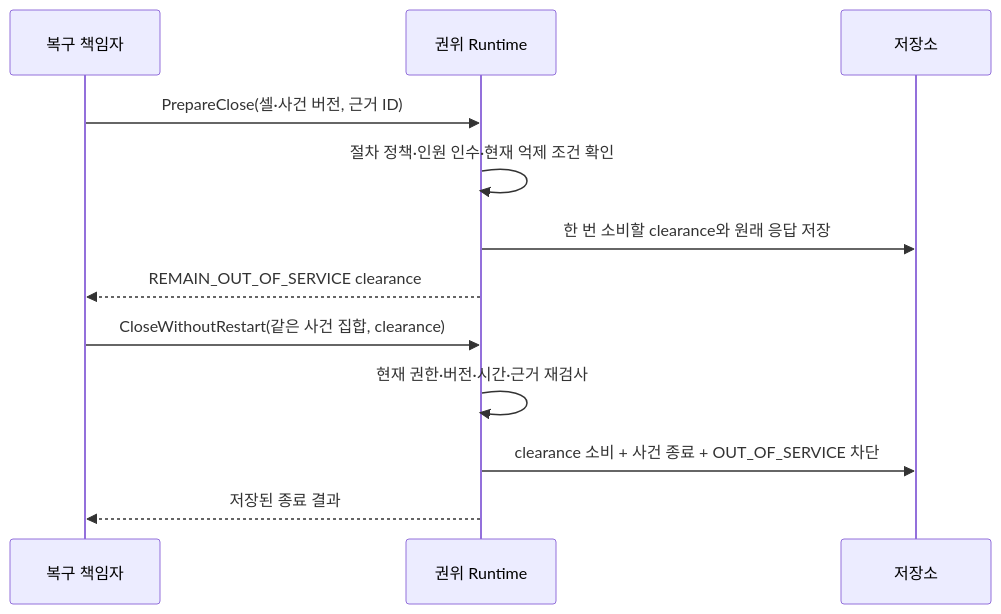
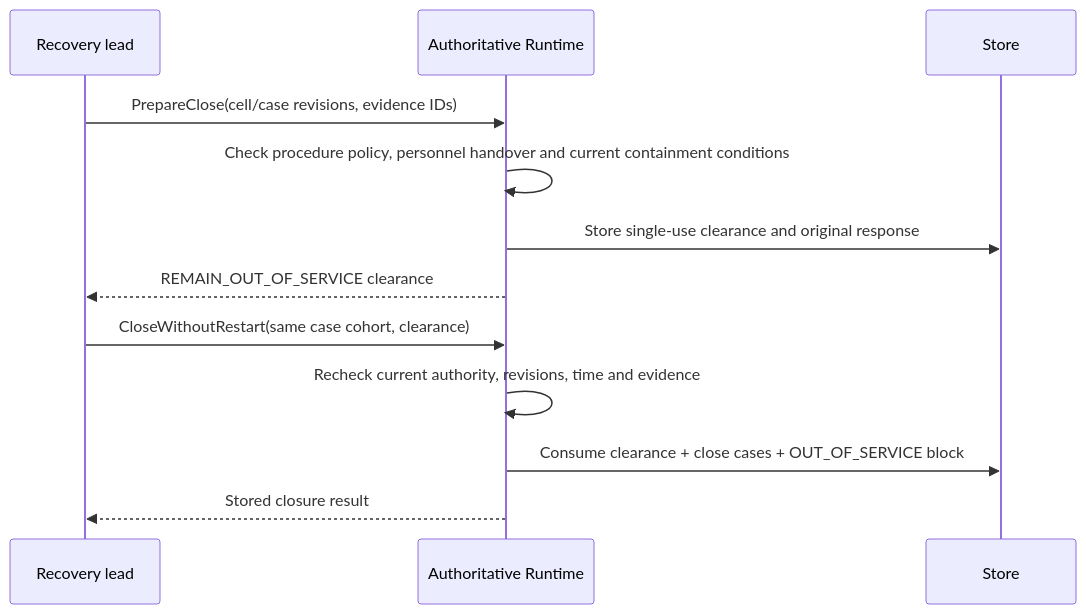
One commit to jack0682/rx-platform changed the diagram in crates/rx-application/NON_OPERATING_CLOSURE.md. Above: the diagram before and after it, drawn with Mermaid. The commit also changed other lines of this file and 103 other files, not shown here.

````diff
--- a/crates/rx-application/NON_OPERATING_CLOSURE.md
+++ b/crates/rx-application/NON_OPERATING_CLOSURE.md
@@ -9,14 +9,14 @@
 ```mermaid
 sequenceDiagram
-    participant L as 복구 책임자
-    participant P as 권위 Runtime
-    participant D as 저장소
-    L->>P: PrepareClose(셀·사건 버전, 근거 ID)
-    P->>P: 절차 정책·인원 인수·현재 억제 조건 확인
-    P->>D: 한 번 소비할 clearance와 원래 응답 저장
+    participant L as Recovery lead
+    participant P as Authoritative Runtime
+    participant D as Store
+    L->>P: PrepareClose(cell/case revisions, evidence IDs)
+    P->>P: Check procedure policy, personnel handover and current containment conditions
+    P->>D: Store single-use clearance and original response
     P-->>L: REMAIN_OUT_OF_SERVICE clearance
-    L->>P: CloseWithoutRestart(같은 사건 집합, clearance)
-    P->>P: 현재 권한·버전·시간·근거 재검사
-    P->>D: clearance 소비 + 사건 종료 + OUT_OF_SERVICE 차단
-    P-->>L: 저장된 종료 결과
+    L->>P: CloseWithoutRestart(same case cohort, clearance)
+    P->>P: Recheck current authority, revisions, time and evidence
+    P->>D: Consume clearance + close cases + OUT_OF_SERVICE block
+    P-->>L: Stored closure result
 ```
````
